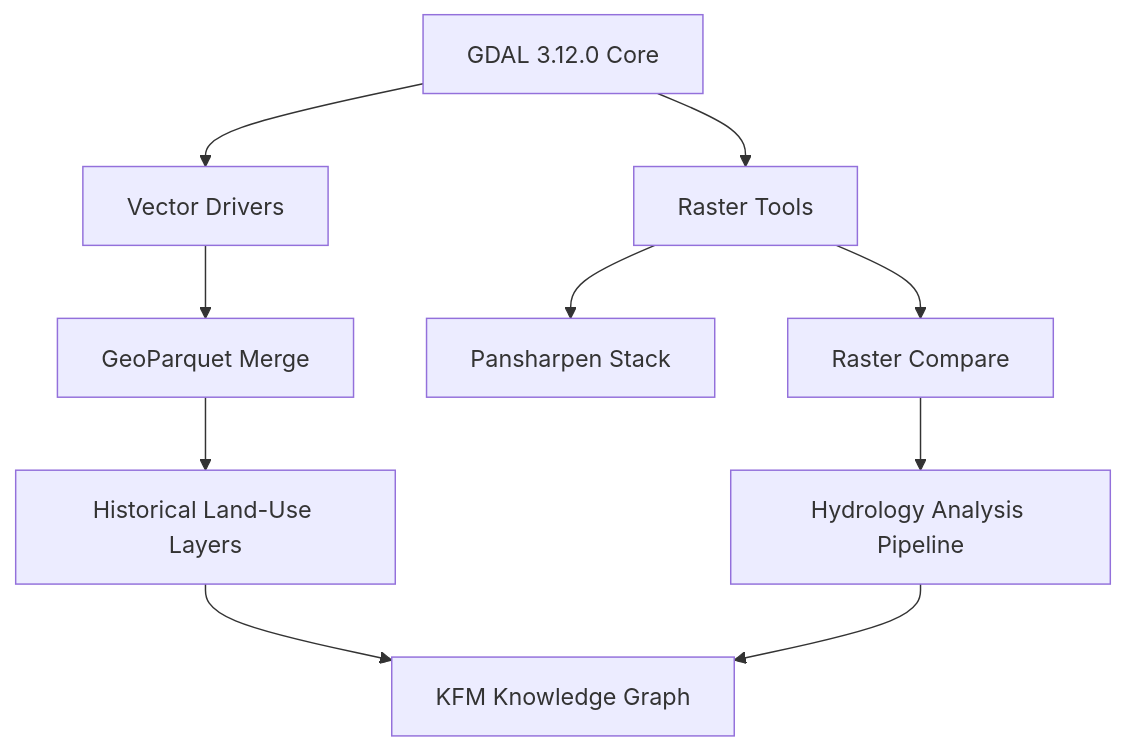
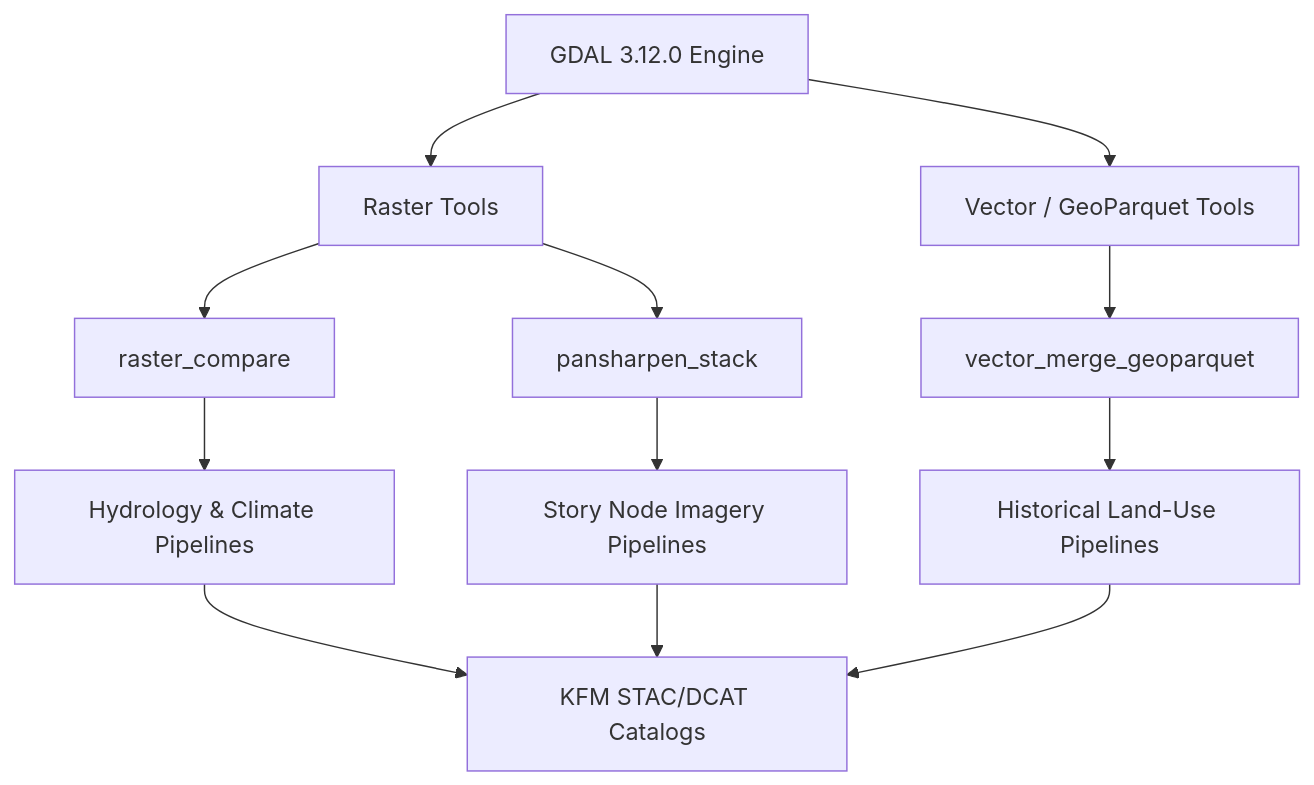
One commit to bartytime4life/Kansas-Frontier-Matrix changed the diagram in web/src/pipelines/geospatial/README.md. Above: the diagram before and after it, drawn with Mermaid. The commit also changed other lines of this file, not shown here.

````diff
--- a/web/src/pipelines/geospatial/README.md
+++ b/web/src/pipelines/geospatial/README.md
@@ -83,12 +100,14 @@
-```mermaid
+~~~~~mermaid
 flowchart TD
-    A["GDAL 3.12.0 Core"] --> B["Raster Tools"]
-    A --> C["Vector Drivers"]
-    B --> D["Raster Compare"]
-    B --> E["Pansharpen Stack"]
-    C --> F["GeoParquet Merge"]
-    D --> G["Hydrology Analysis Pipeline"]
-    F --> H["Historical Land-Use Layers"]
-    H --> I["KFM Knowledge Graph"]
-    G --> I
-```
+  A["GDAL 3.12.0 Engine"] --> B["Raster Tools"]
+  A --> C["Vector / GeoParquet Tools"]
+  B --> D["raster_compare"]
+  B --> E["pansharpen_stack"]
+  C --> F["vector_merge_geoparquet"]
+  D --> G["Hydrology & Climate Pipelines"]
+  F --> H["Historical Land-Use Pipelines"]
+  E --> I["Story Node Imagery Pipelines"]
+  G --> J["KFM STAC/DCAT Catalogs"]
+  H --> J
+  I --> J
+~~~~~
````
